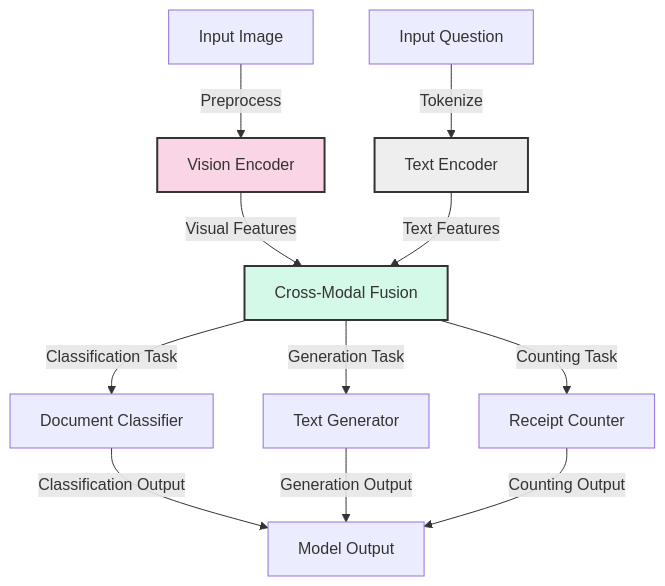
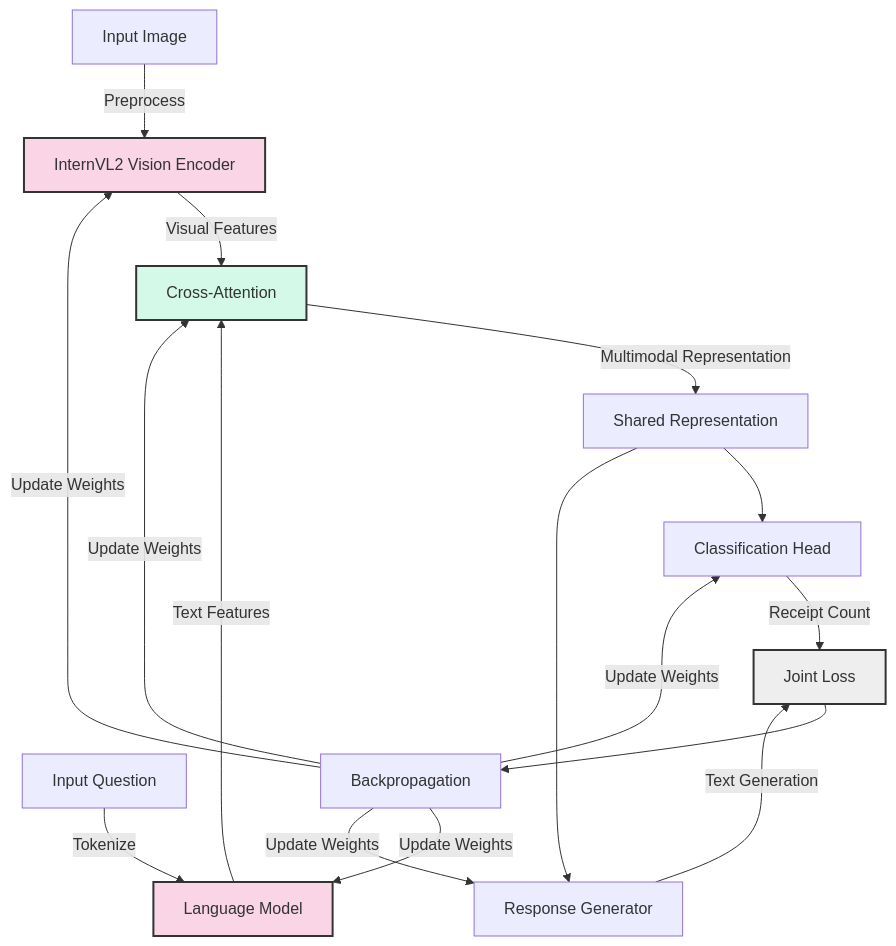
One commit to tmnestor/InternVL_V2 changed the fourth of 4 diagrams in README.md. Above: the diagram before and after it, drawn with Mermaid. The commit also changed other lines of this file and 57 other files, not shown here.

````diff
--- a/README.md
+++ b/README.md
@@ -97,20 +105,28 @@
 ```mermaid
 graph TD
-    Image[Input Image] --> |Preprocess| VisionEncoder[Vision Encoder]
-    Question[Input Question] --> |Tokenize| TextEncoder[Text Encoder]
+    Image[Input Image] --> |Preprocess| VisionEncoder[InternVL2 Vision Encoder]
+    Question[Input Question] --> |Tokenize| TextEncoder[Language Model]
     
-    VisionEncoder --> |Visual Features| Fusion[Cross-Modal Fusion]
-    TextEncoder --> |Text Features| Fusion
+    VisionEncoder --> |Visual Features| CrossAttn[Cross-Attention]
+    TextEncoder --> |Text Features| CrossAttn
     
-    Fusion --> |Classification Task| Classifier[Document Classifier]
-    Fusion --> |Generation Task| Generator[Text Generator]
-    Fusion --> |Counting Task| Counter[Receipt Counter]
+    CrossAttn --> |Multimodal Representation| SharedRep[Shared Representation]
     
-    Classifier --> |Classification Output| Output[Model Output]
-    Generator --> |Generation Output| Output
-    Counter --> |Counting Output| Output
+    SharedRep --> ClassHead[Classification Head]
+    SharedRep --> GenHead[Response Generator]
+    
+    ClassHead --> |Receipt Count| JointLoss[Joint Loss]
+    GenHead --> |Text Generation| JointLoss
+    
+    JointLoss --> Backprop[Backpropagation]
+    Backprop --> |Update Weights| VisionEncoder
+    Backprop --> |Update Weights| TextEncoder
+    Backprop --> |Update Weights| CrossAttn
+    Backprop --> |Update Weights| ClassHead
+    Backprop --> |Update Weights| GenHead
     
     style VisionEncoder fill:#f9d5e5,stroke:#333,stroke-width:2px
-    style TextEncoder fill:#eeeeee,stroke:#333,stroke-width:2px
-    style Fusion fill:#d5f9e8,stroke:#333,stroke-width:2px
+    style TextEncoder fill:#f9d5e5,stroke:#333,stroke-width:2px
+    style CrossAttn fill:#d5f9e8,stroke:#333,stroke-width:2px
+    style JointLoss fill:#eeeeee,stroke:#333,stroke-width:2px
 ```
````
